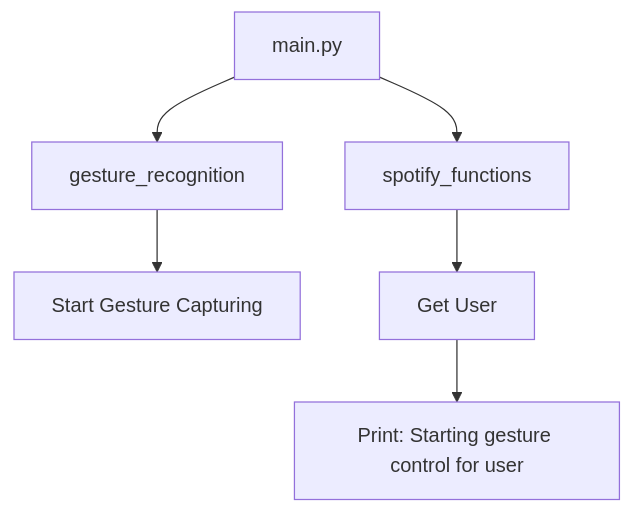
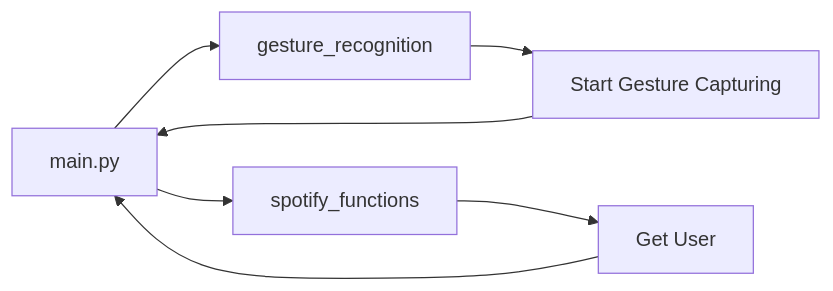
One commit to gitbito/AI-Automation changed the diagram in documentation/create_overview_doc/Examples/doc_Spotify-Gesture-Control-main/main.py_Doc.md. Above: the diagram before and after it, drawn with Mermaid. The commit also changed other lines of this file and 9 other files, not shown here.

First line of the commit message:
Refactor AI Prompt for Simplified High-Level Mermaid Diagrams

````diff
--- a/documentation/create_overview_doc/Examples/doc_Spotify-Gesture-Control-main/main.py_Doc.md
+++ b/documentation/create_overview_doc/Examples/doc_Spotify-Gesture-Control-main/main.py_Doc.md
@@ -26,8 +34,9 @@
 ```mermaid
-graph TB
-  A[main.py] --> B[gesture_recognition]
-  A --> C[spotify_functions]
-  B --> D[Start Gesture Capturing]
-  C --> E[Get User]
-  E --> F[Print: Starting gesture control for user]
+graph LR
+    A[main.py] --> B[gesture_recognition]
+    A --> C[spotify_functions]
+    B --> D[Start Gesture Capturing]
+    C --> E[Get User]
+    E --> A
+    D --> A
 ```
````
